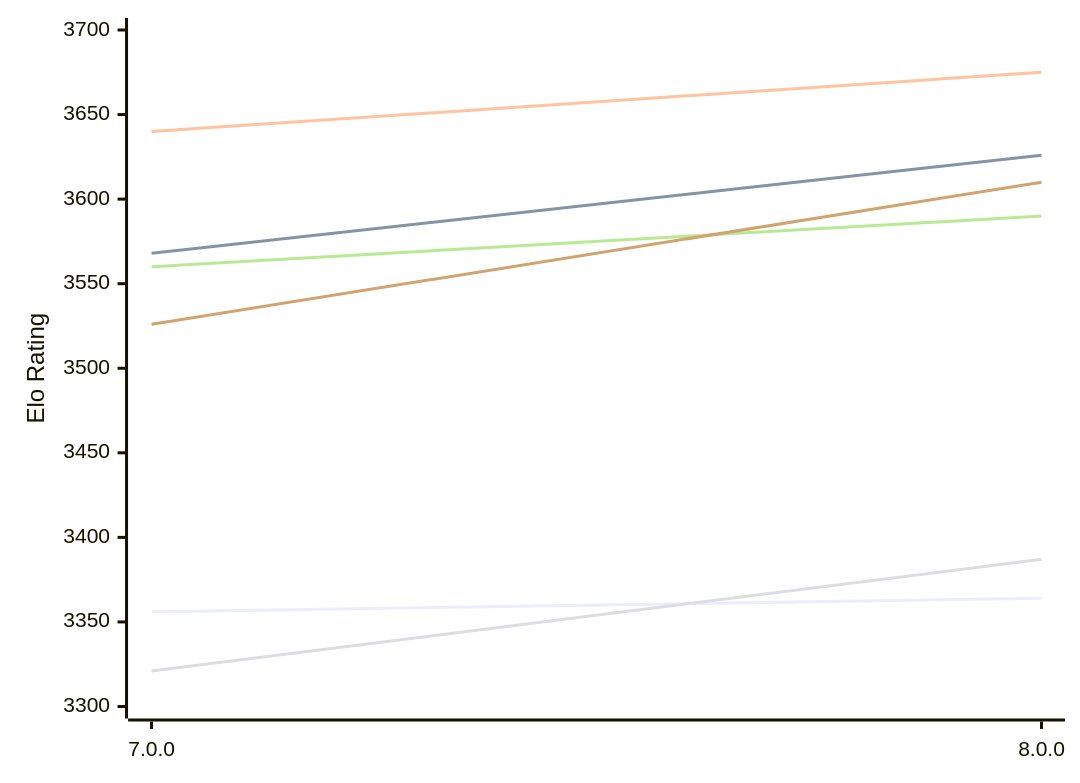
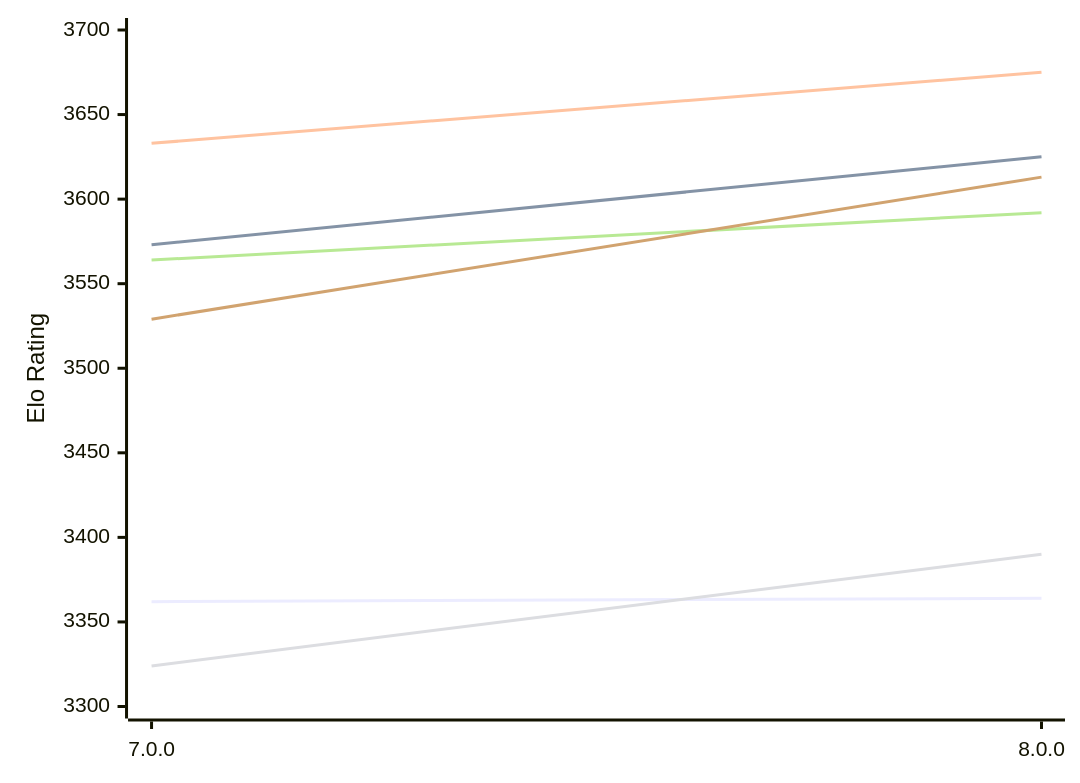
The first of 2 diagrams in engines/Stormphrax.md (computer-chess-index/cci), drawn with Mermaid before and after one commit. The commit also changed other lines of this file, not shown here.

Commit message:
Update CCI Ratings (ELO VLTC) - 2026-11-24

````diff
--- a/engines/Stormphrax.md
+++ b/engines/Stormphrax.md
@@ -52,12 +52,12 @@
 ```mermaid
 %%{init: {"theme":"base","themeVariables":{"seriesColors:['#a3a3a3','#222221','#faa371']}}}%%
 xychart-beta
   x-axis ["7.0.0", "8.0.0"]
   y-axis "Elo Rating" 3300 --> 3700
-  line "E1: STC (8.0+0.08s)" [3356, 3364]
-  line "E1: LTC (60.0+0.60s)" [3568, 3626]
-  line "E1: VLTC (2m24s+1.12s)" [3640, 3675]
-  line "P1: STC (8.0+0.08s)" [3321, 3387]
-  line "P1: LTC (60.0+0.60s)" [3560, 3590]
-  line "P1: VLTC (2m24s+1.12s)" [3526, 3610]
+  line "E1: STC (8.0+0.08s)" [3362, 3364]
+  line "E1: LTC (60.0+0.60s)" [3573, 3625]
+  line "E1: VLTC (2m24s+1.12s)" [3633, 3675]
+  line "P1: STC (8.0+0.08s)" [3324, 3390]
+  line "P1: LTC (60.0+0.60s)" [3564, 3592]
+  line "P1: VLTC (2m24s+1.12s)" [3529, 3613]
 ```
````
